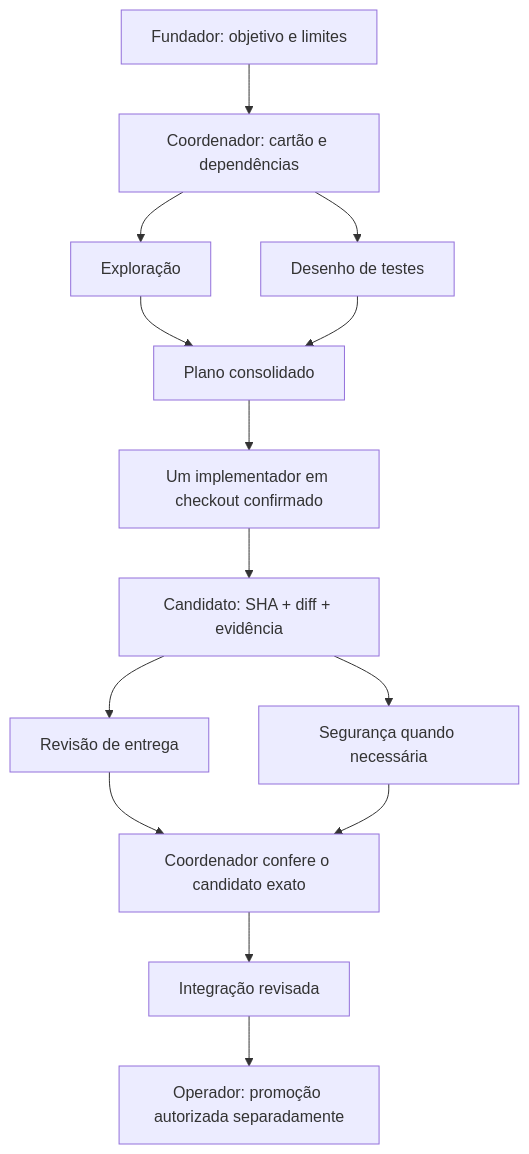
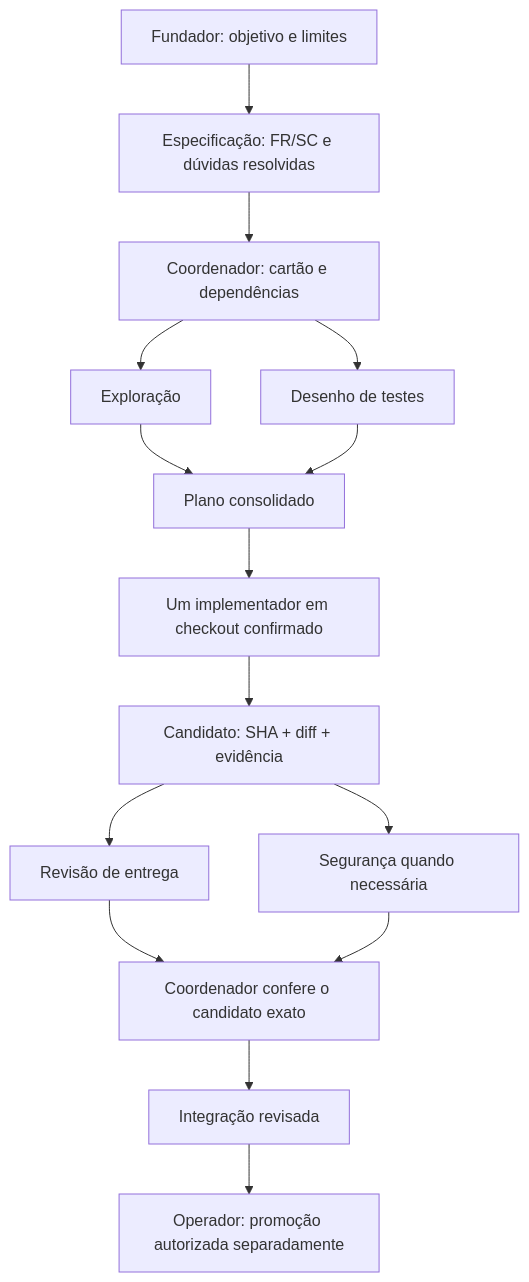
Before and after one commit to lucasmezuraro/trameviaagentsteamtec: the diagram in docs/01-modelo-operacional.md, drawn with Mermaid. The commit also changed other lines of this file and 20 other files, not shown here.

````diff
--- a/docs/01-modelo-operacional.md
+++ b/docs/01-modelo-operacional.md
@@ -32,16 +32,17 @@
 ```mermaid
 flowchart TD
- H[Fundador: objetivo e limites] --> C[Coordenador: cartão e dependências]
+ H[Fundador: objetivo e limites] --> F[Especificação: FR/SC e dúvidas resolvidas]
+ F --> C[Coordenador: cartão e dependências]
  C --> E[Exploração]
  C --> Q[Desenho de testes]
  E --> P[Plano consolidado]
  Q --> P
  P --> W[Um implementador em checkout confirmado]
  W --> K[Candidato: SHA + diff + evidência]
  K --> R[Revisão de entrega]
  K --> S[Segurança quando necessária]
  R --> G[Coordenador confere o candidato exato]
  S --> G
  G --> I[Integração revisada]
  I --> O[Operador: promoção autorizada separadamente]
 ```
````
